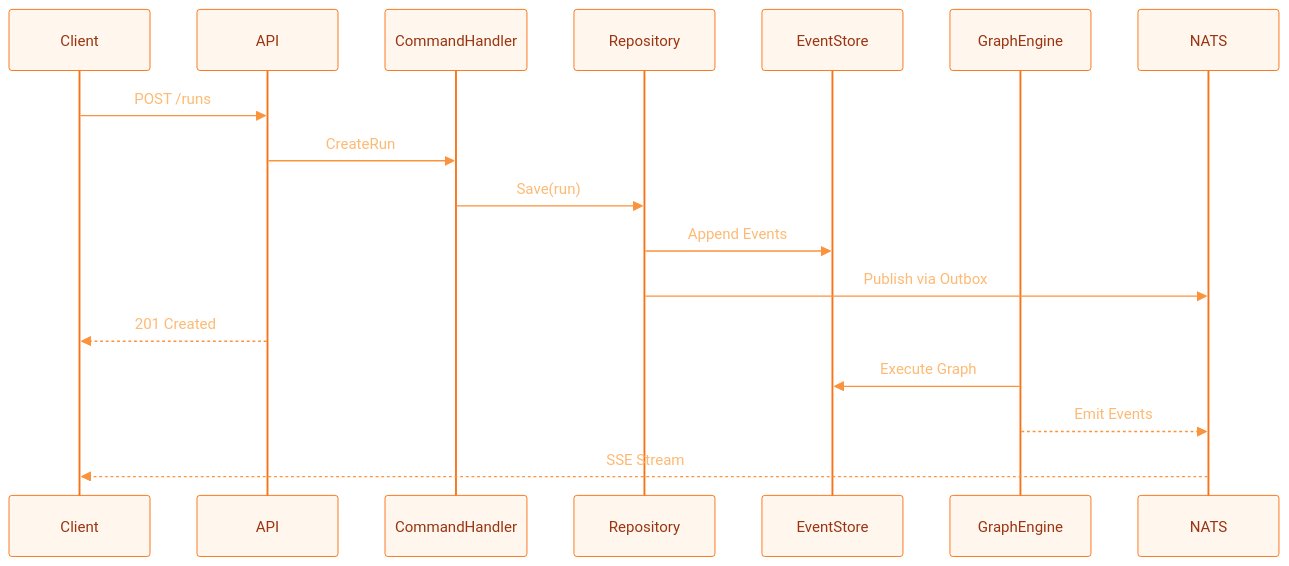
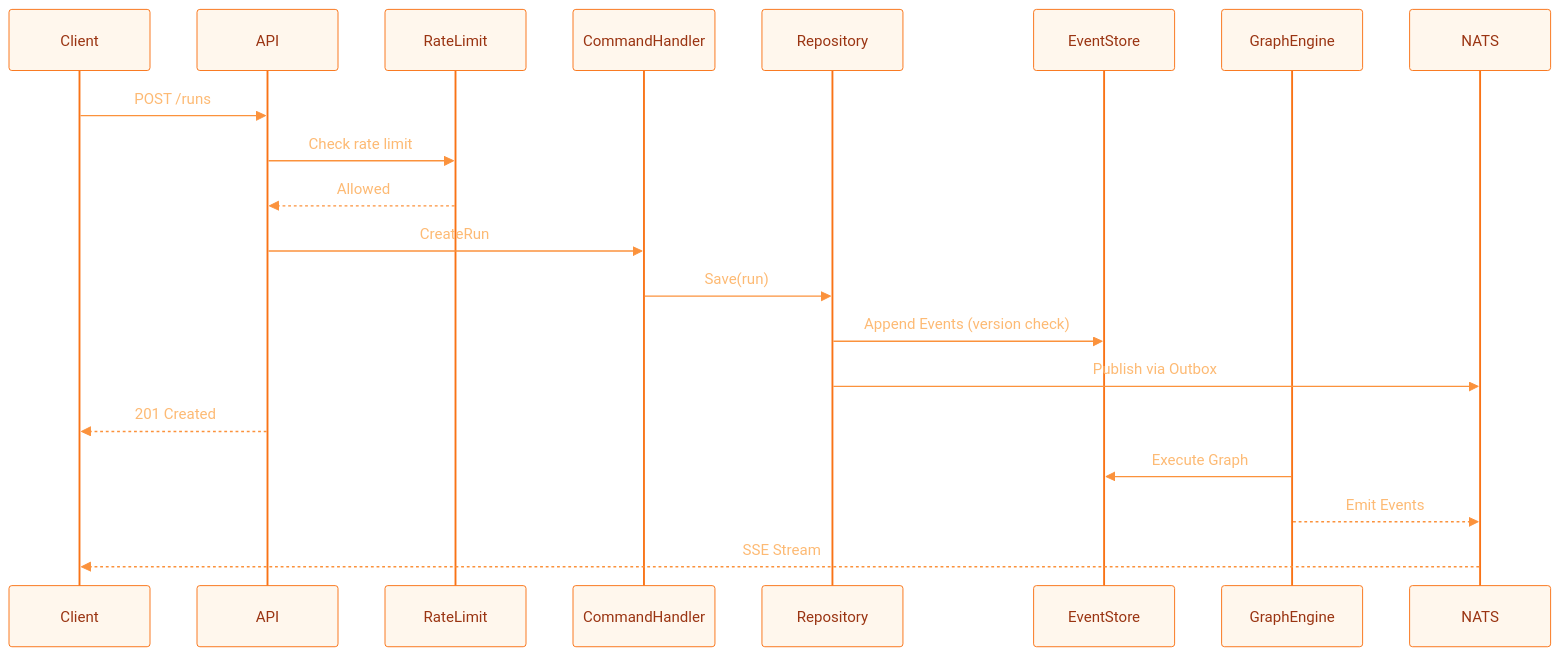
Before and after one commit to Duragraph/duragraph: the diagram in docs/src/content/docs/docs/architecture/overview.mdx, drawn with Mermaid. The commit also changed other lines of this file and 8 other files, not shown here.

````diff
--- a/docs/src/content/docs/docs/architecture/overview.mdx
+++ b/docs/src/content/docs/docs/architecture/overview.mdx
@@ -49,21 +94,24 @@
 ```mermaid
 %%{init: {'theme': 'base', 'themeVariables': { 'primaryColor': '#fff7ed', 'primaryTextColor': '#9a3412', 'primaryBorderColor': '#f97316', 'lineColor': '#fb923c', 'secondaryColor': '#fef3c7', 'actorBkg': '#fff7ed', 'actorBorder': '#f97316', 'actorTextColor': '#9a3412', 'signalColor': '#fb923c', 'signalTextColor': '#fdba74', 'noteBkgColor': '#fff7ed', 'noteTextColor': '#9a3412', 'noteBorderColor': '#f97316', 'activationBkgColor': '#fed7aa', 'activationBorderColor': '#f97316'}}}%%
 sequenceDiagram
     participant Client
     participant API
+    participant RateLimit
     participant CommandHandler
     participant Repository
     participant EventStore
     participant GraphEngine
     participant NATS
 
     Client->>API: POST /runs
+    API->>RateLimit: Check rate limit
+    RateLimit-->>API: Allowed
     API->>CommandHandler: CreateRun
     CommandHandler->>Repository: Save(run)
-    Repository->>EventStore: Append Events
+    Repository->>EventStore: Append Events (version check)
     Repository->>NATS: Publish via Outbox
     API-->>Client: 201 Created
     GraphEngine->>EventStore: Execute Graph
     GraphEngine-->>NATS: Emit Events
     NATS-->>Client: SSE Stream
 ```
````
